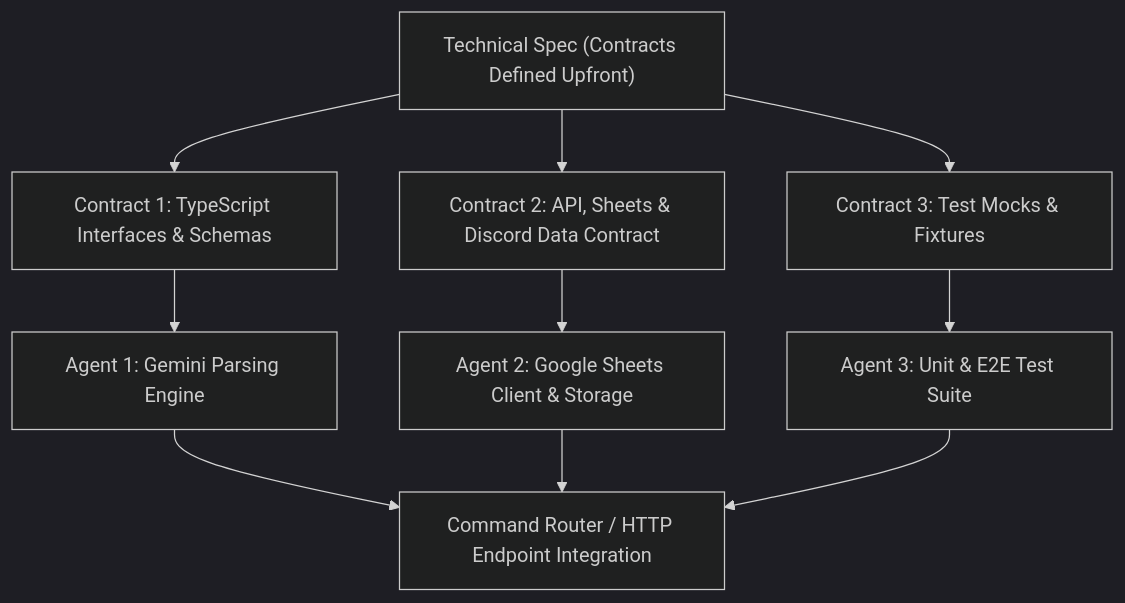
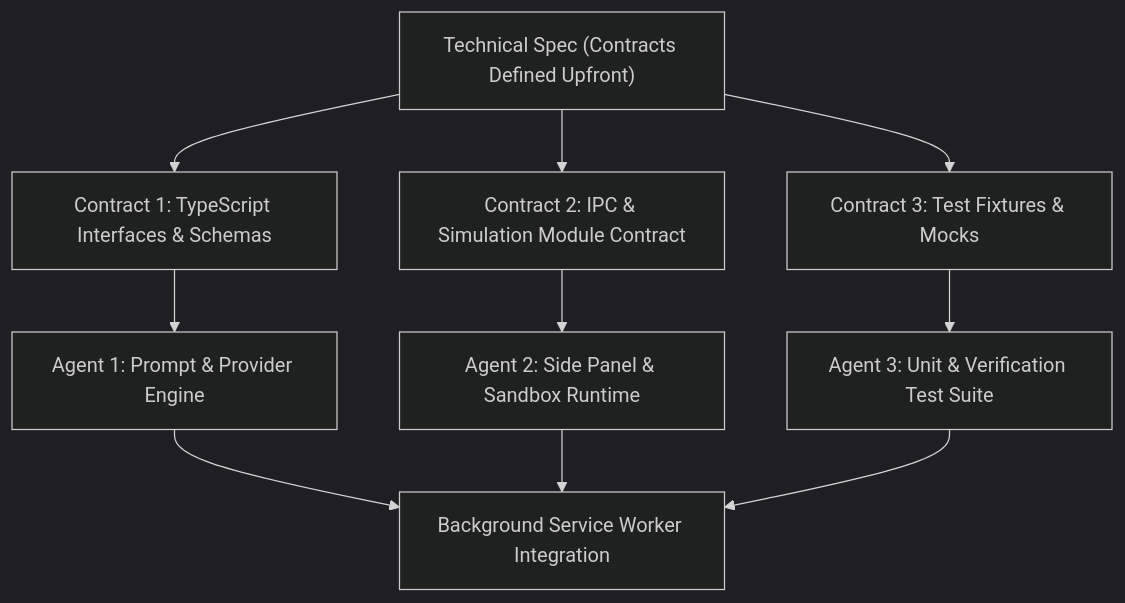
One commit to vmatrixdev/simit changed the second of 2 diagrams in .agents/skills/spec-authoring/SKILL.md. Above: the diagram before and after it, drawn with Mermaid (dark theme). The commit also changed other lines of this file and 11 other files, not shown here.

````diff
--- a/.agents/skills/spec-authoring/SKILL.md
+++ b/.agents/skills/spec-authoring/SKILL.md
@@ -72,14 +68,14 @@
 ```mermaid
 graph TD
     Spec["Technical Spec (Contracts Defined Upfront)"] --> ContractA["Contract 1: TypeScript Interfaces & Schemas"]
-    Spec --> ContractB["Contract 2: API, Sheets & Discord Data Contract"]
-    Spec --> ContractC["Contract 3: Test Mocks & Fixtures"]
+    Spec --> ContractB["Contract 2: IPC & Simulation Module Contract"]
+    Spec --> ContractC["Contract 3: Test Fixtures & Mocks"]
 
-    ContractA --> Agent1["Agent 1: Gemini Parsing Engine"]
-    ContractB --> Agent2["Agent 2: Google Sheets Client & Storage"]
-    ContractC --> Agent3["Agent 3: Unit & E2E Test Suite"]
+    ContractA --> Agent1["Agent 1: Prompt & Provider Engine"]
+    ContractB --> Agent2["Agent 2: Side Panel & Sandbox Runtime"]
+    ContractC --> Agent3["Agent 3: Unit & Verification Test Suite"]
 
-    Agent1 --> Integration["Command Router / HTTP Endpoint Integration"]
+    Agent1 --> Integration["Background Service Worker Integration"]
     Agent2 --> Integration
     Agent3 --> Integration
 ```
````
